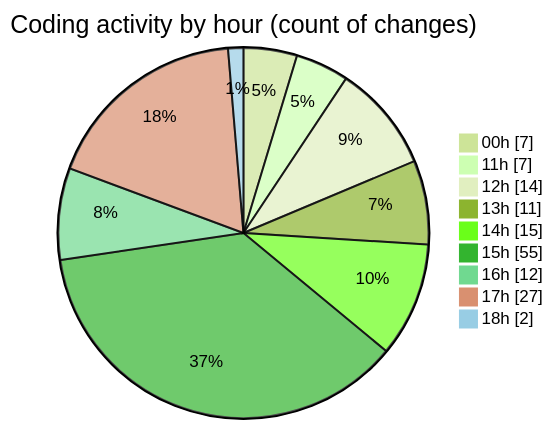
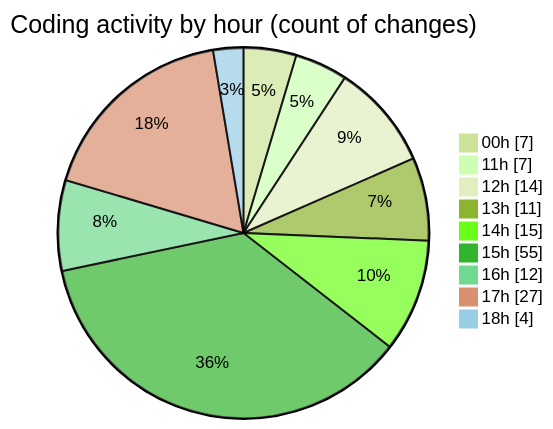
Before and after one commit to julien-gomy/code-tracking: the second of 2 diagrams in 2025-10-08/eventscop-frontend-guide__workspace_/README.md, drawn with Mermaid (forest theme). The commit also changed other lines of this file and 1 other file, not shown here.

````diff
--- a/2025-10-08/eventscop-frontend-guide__workspace_/README.md
+++ b/2025-10-08/eventscop-frontend-guide__workspace_/README.md
@@ -56,13 +58,13 @@
 ```mermaid
 pie showData
 title Coding activity by hour (count of changes)
 "00h" : 7
 "11h" : 7
 "12h" : 14
 "13h" : 11
 "14h" : 15
 "15h" : 55
 "16h" : 12
 "17h" : 27
-"18h" : 2
+"18h" : 4
 ```
````
